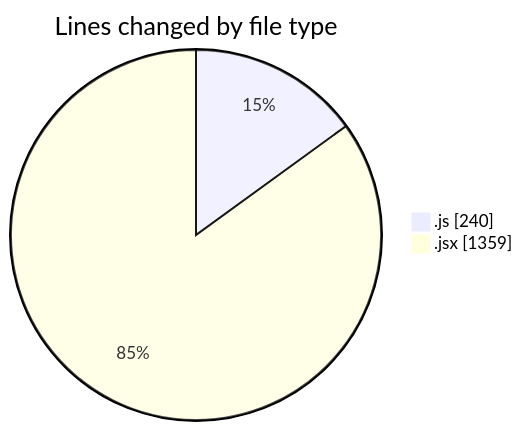
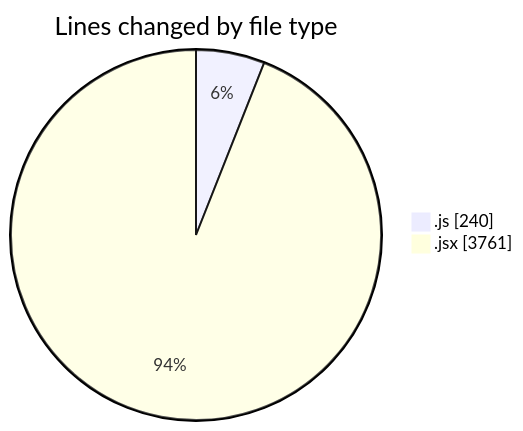
The first of 2 diagrams in 2026-01-19/nxtqube_webapp/README.md (nxtqubesakshisongat/code-tracking), drawn with Mermaid before and after one commit. The commit also changed other lines of this file and 1 other file, not shown here.

````diff
--- a/2026-01-19/nxtqube_webapp/README.md
+++ b/2026-01-19/nxtqube_webapp/README.md
@@ -26,6 +27,6 @@
 ```mermaid
 pie showData
 title Lines changed by file type
 ".js" : 240
-".jsx" : 1359
+".jsx" : 3761
 ```
````
